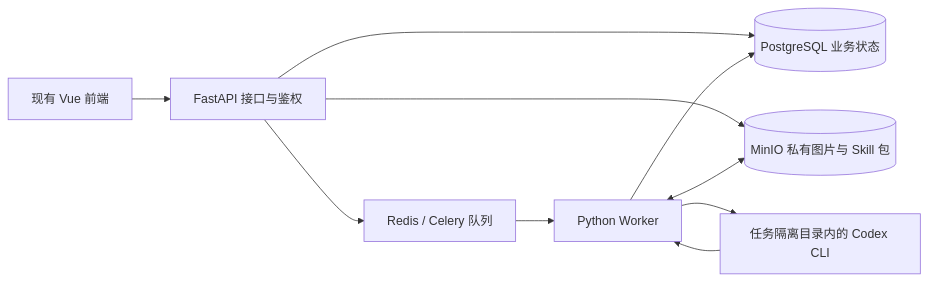
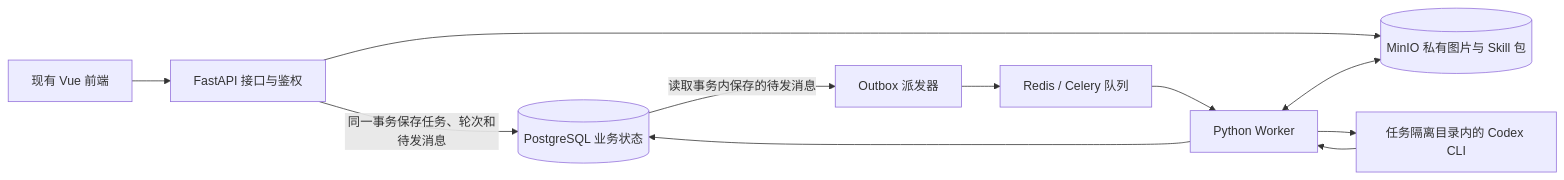
The diagram in DEV-PLAN.md (xsgg123456/hengxin-smart-image), drawn with Mermaid before and after one commit. The commit also changed other lines of this file and 12 other files, not shown here.

````diff
--- a/DEV-PLAN.md
+++ b/DEV-PLAN.md
@@ -55,12 +57,13 @@
 ```mermaid
 flowchart LR
   UI[现有 Vue 前端] --> API[FastAPI 接口与鉴权]
-  API --> PG[(PostgreSQL 业务状态)]
+  API -->|同一事务保存任务、轮次和待发消息| PG[(PostgreSQL 业务状态)]
   API --> M[(MinIO 私有图片与 Skill 包)]
-  API --> Q[Redis / Celery 队列]
+  PG -->|读取事务内保存的待发消息| O[Outbox 派发器]
+  O --> Q[Redis / Celery 队列]
   Q --> W[Python Worker]
   W --> PG
   W <--> M
   W --> CLI[任务隔离目录内的 Codex CLI]
   CLI --> W
 ```
````
